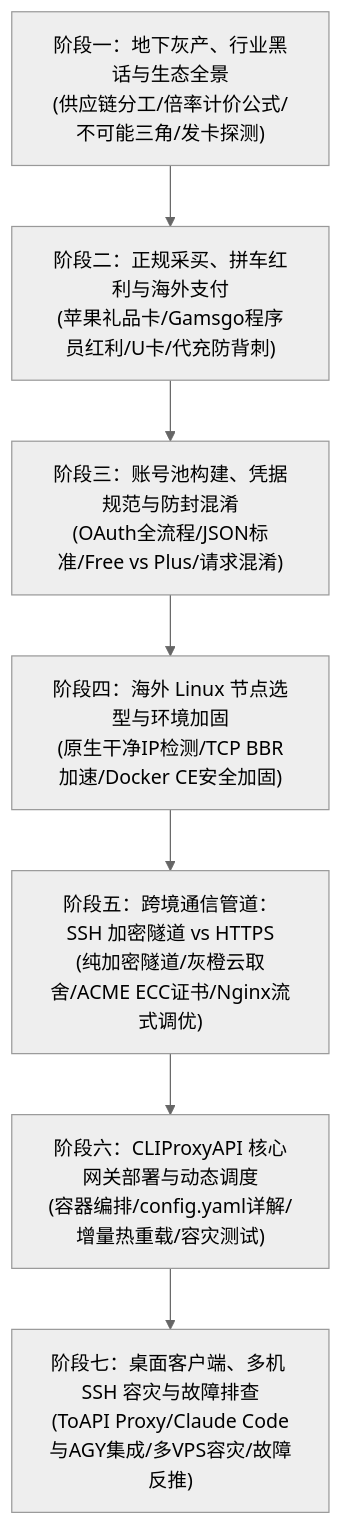
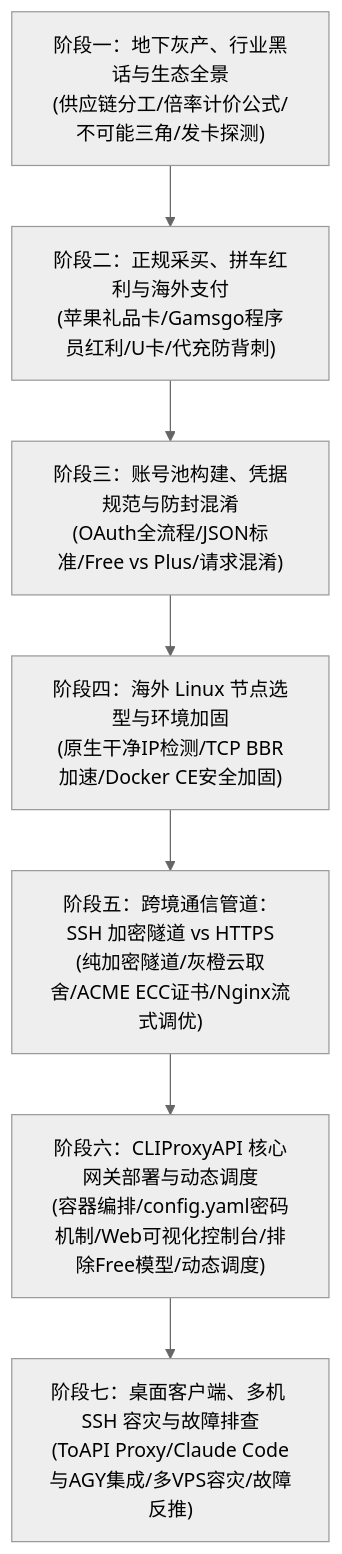
Before and after one commit to ponyletter/py310sphinx_knowledge: the diagram in docs/source/courses/ai_reverse_proxy_and_account_pool/index.md, drawn with Mermaid (neutral theme). The commit also changed 3 other files, not shown here.

````diff
--- a/docs/source/courses/ai_reverse_proxy_and_account_pool/index.md
+++ b/docs/source/courses/ai_reverse_proxy_and_account_pool/index.md
@@ -23,12 +23,12 @@
 ```{mermaid}
 flowchart TD
     S1["阶段一：地下灰产、行业黑话与生态全景<br/>(供应链分工/倍率计价公式/不可能三角/发卡探测)"]
     S2["阶段二：正规采买、拼车红利与海外支付<br/>(苹果礼品卡/Gamsgo程序员红利/U卡/代充防背刺)"]
     S3["阶段三：账号池构建、凭据规范与防封混淆<br/>(OAuth全流程/JSON标准/Free vs Plus/请求混淆)"]
     S4["阶段四：海外 Linux 节点选型与环境加固<br/>(原生干净IP检测/TCP BBR加速/Docker CE安全加固)"]
     S5["阶段五：跨境通信管道：SSH 加密隧道 vs HTTPS<br/>(纯加密隧道/灰橙云取舍/ACME ECC证书/Nginx流式调优)"]
-    S6["阶段六：CLIProxyAPI 核心网关部署与动态调度<br/>(容器编排/config.yaml详解/增量热重载/容灾测试)"]
+    S6["阶段六：CLIProxyAPI 核心网关部署与动态调度<br/>(容器编排/config.yaml密码机制/Web可视化控制台/排除Free模型/动态调度)"]
     S7["阶段七：桌面客户端、多机 SSH 容灾与故障排查<br/>(ToAPI Proxy/Claude Code与AGY集成/多VPS容灾/故障反推)"]
 
     S1 --> S2 --> S3 --> S4 --> S5 --> S6 --> S7
 ```
````
